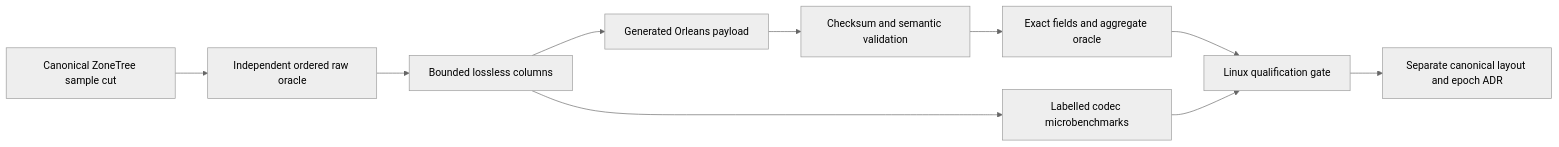
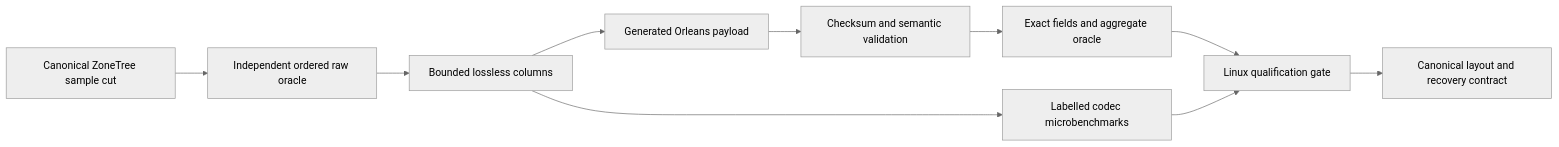
One commit to managedcode/KeyLoad changed the diagram in docs/ADR/ADR-079-lossless-series-chunk-codecs.md. Above: the diagram before and after it, drawn with Mermaid (neutral theme). The commit also changed other lines of this file and 856 other files, not shown here.

````diff
--- a/docs/ADR/ADR-079-lossless-series-chunk-codecs.md
+++ b/docs/ADR/ADR-079-lossless-series-chunk-codecs.md
@@ -21,12 +21,12 @@
 ```mermaid
 flowchart LR
   R[Canonical ZoneTree sample cut] --> O[Independent ordered raw oracle]
   O --> E[Bounded lossless columns]
   E --> N[Generated Orleans payload]
   N --> D[Checksum and semantic validation]
   D --> C[Exact fields and aggregate oracle]
   E --> M[Labelled codec microbenchmarks]
   C --> G[Linux qualification gate]
   M --> G
-  G --> P[Separate canonical layout and epoch ADR]
+  G --> P[Canonical layout and recovery contract]
 ```
````
